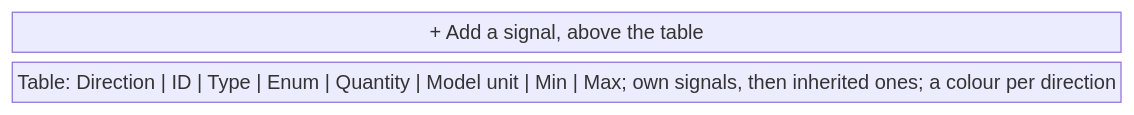
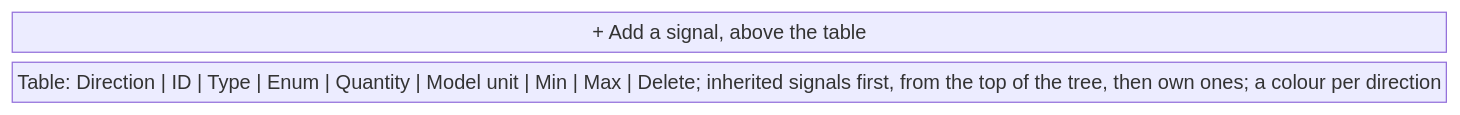
Before and after one commit to AlexandreGallais/synoptic-studio-spec: the fifth of 16 diagrams in screens/metadata.md, drawn with Mermaid. The commit also changed other lines of this file and 13 other files, not shown here.

````diff
--- a/screens/metadata.md
+++ b/screens/metadata.md
@@ -160,6 +178,6 @@
 ```mermaid
 block-beta
     columns 1
     add["+ Add a signal, above the table"]
-    table["Table: Direction | ID | Type | Enum | Quantity | Model unit | Min | Max; own signals, then inherited ones; a colour per direction"]
+    table["Table: Direction | ID | Type | Enum | Quantity | Model unit | Min | Max | Delete; inherited signals first, from the top of the tree, then own ones; a colour per direction"]
 ```
````
